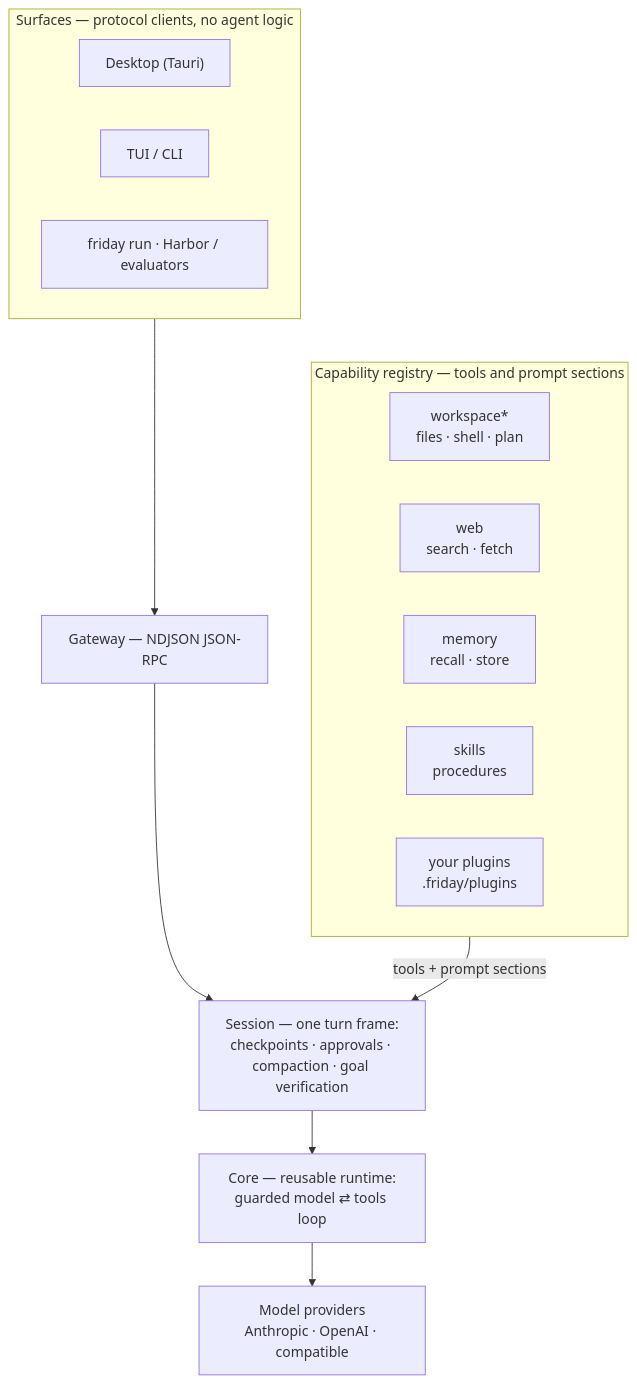
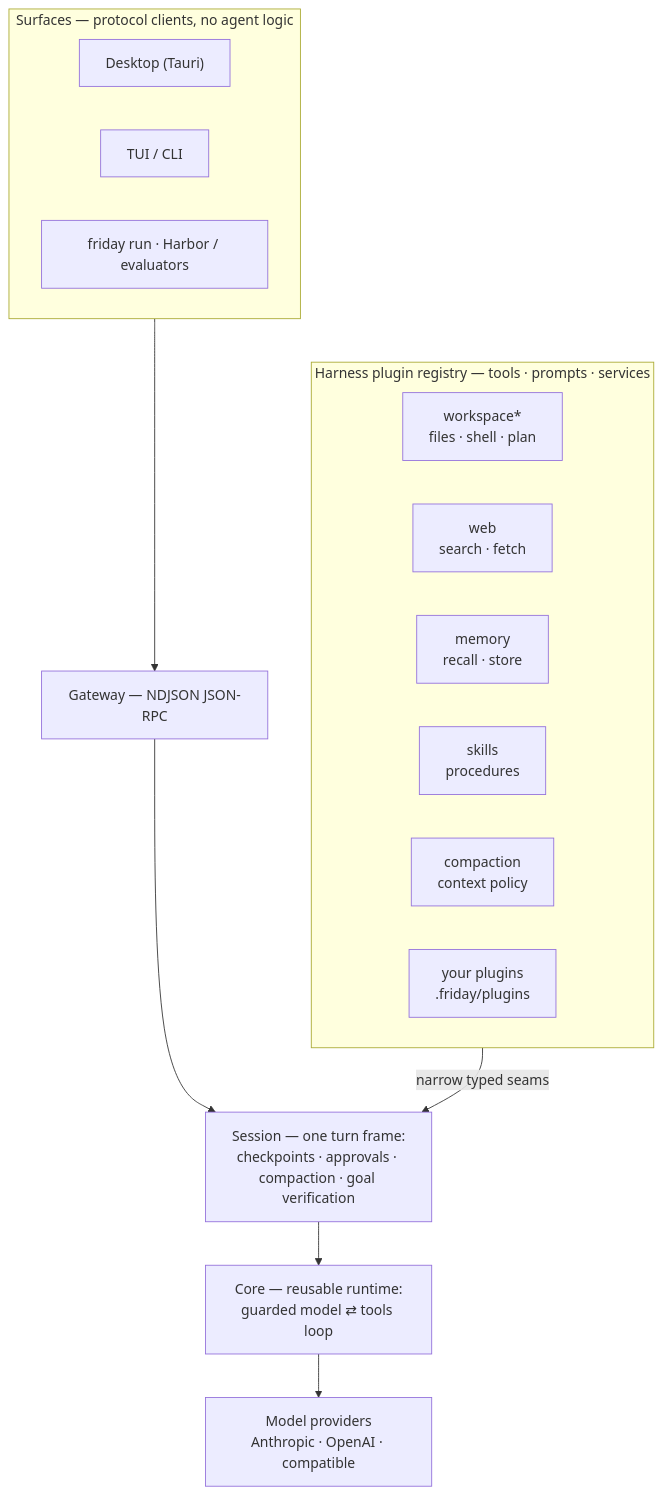
One commit to Lancetwang/friday changed the diagram in README.md. Above: the diagram before and after it, drawn with Mermaid. The commit also changed other lines of this file and 30 other files, not shown here.

Commit message:
feat: make Harness memory and compaction pluggable

````diff
--- a/README.md
+++ b/README.md
@@ -110,22 +110,23 @@
 ```mermaid
 flowchart TB
     subgraph Surfaces["Surfaces — protocol clients, no agent logic"]
         direction LR
         Desktop["Desktop (Tauri)"]
         TUI["TUI / CLI"]
         Headless["friday run · Harbor / evaluators"]
     end
     Surfaces --> Gateway["Gateway — NDJSON JSON-RPC"]
     Gateway --> Session["Session — one turn frame:<br/>checkpoints · approvals · compaction · goal verification"]
-    subgraph Registry["Capability registry — tools and prompt sections"]
+    subgraph Registry["Harness plugin registry — tools · prompts · services"]
         direction LR
         Workspace["workspace*<br/>files · shell · plan"]
         Web["web<br/>search · fetch"]
         Memory["memory<br/>recall · store"]
         Skills["skills<br/>procedures"]
+        Compaction["compaction<br/>context policy"]
         External["your plugins<br/>.friday/plugins"]
     end
-    Registry -- "tools + prompt sections" --> Session
+    Registry -- "narrow typed seams" --> Session
     Session --> Core["Core — reusable runtime:<br/>guarded model ⇄ tools loop"]
     Core --> Providers["Model providers<br/>Anthropic · OpenAI · compatible"]
 ```
````
